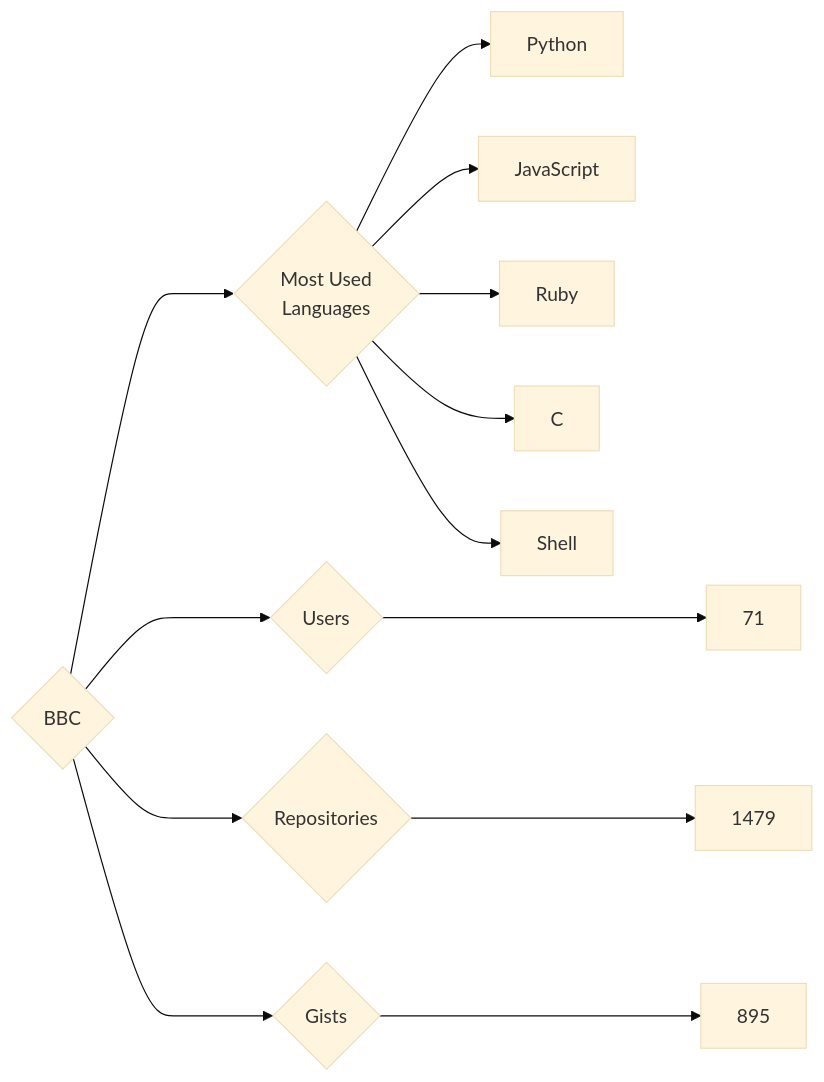
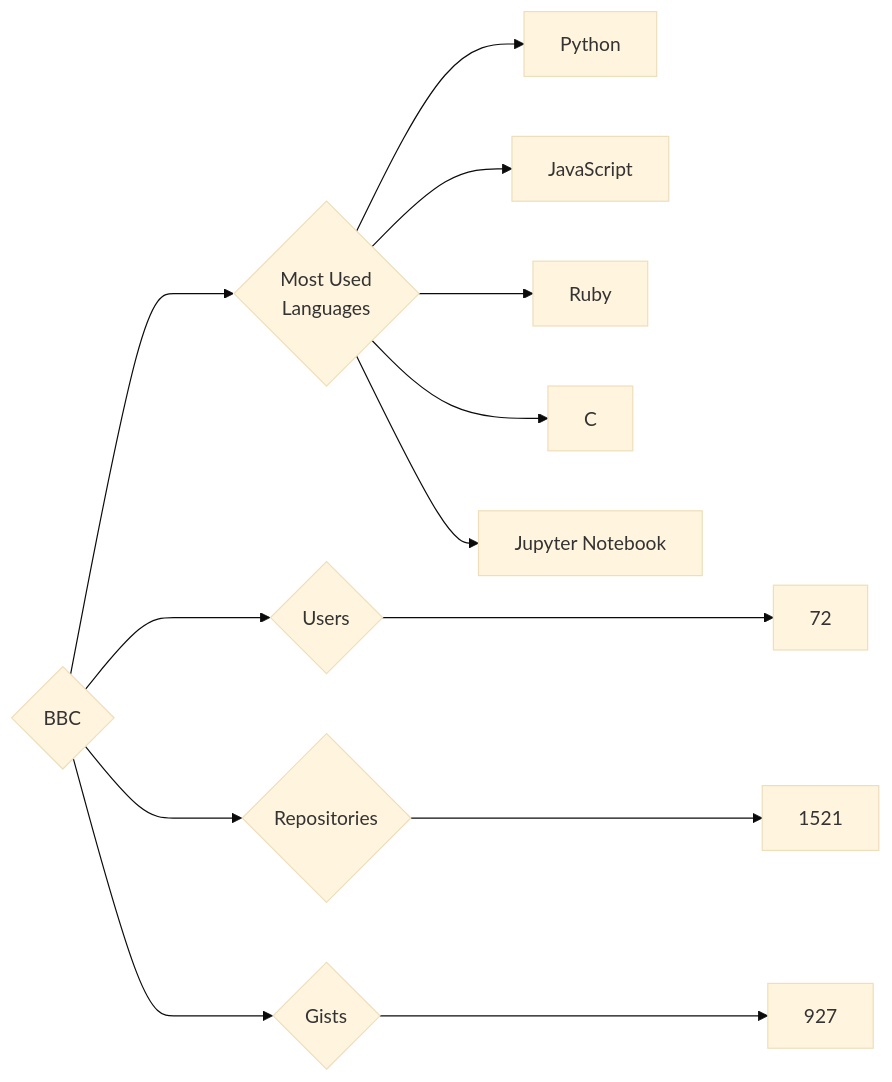
The diagram in targets/BBC/README.md (trickest/insiders), drawn with Mermaid (base theme) before and after one commit. The commit also changed 688 other files, not shown here.

````diff
--- a/targets/BBC/README.md
+++ b/targets/BBC/README.md
@@ -3,13 +3,13 @@
 ```mermaid
 graph LR
 COMPANY_NAME{BBC}
-COMPANY_NAME ---> U{Users} ---> UN[71]
-COMPANY_NAME ---> R{Repositories} ---> RN[1479]
-COMPANY_NAME ---> G{Gists} ---> GN[895]
+COMPANY_NAME ---> U{Users} ---> UN[72]
+COMPANY_NAME ---> R{Repositories} ---> RN[1521]
+COMPANY_NAME ---> G{Gists} ---> GN[927]
 COMPANY_NAME ---> ML{Most Used<br>Languages}
 ML --> Python[Python]
 ML --> JavaScript[JavaScript]
 ML --> Ruby[Ruby]
 ML --> C[C]
-ML --> Shell[Shell]
+ML --> Jupyter_Notebook[Jupyter Notebook]
 ```
````
